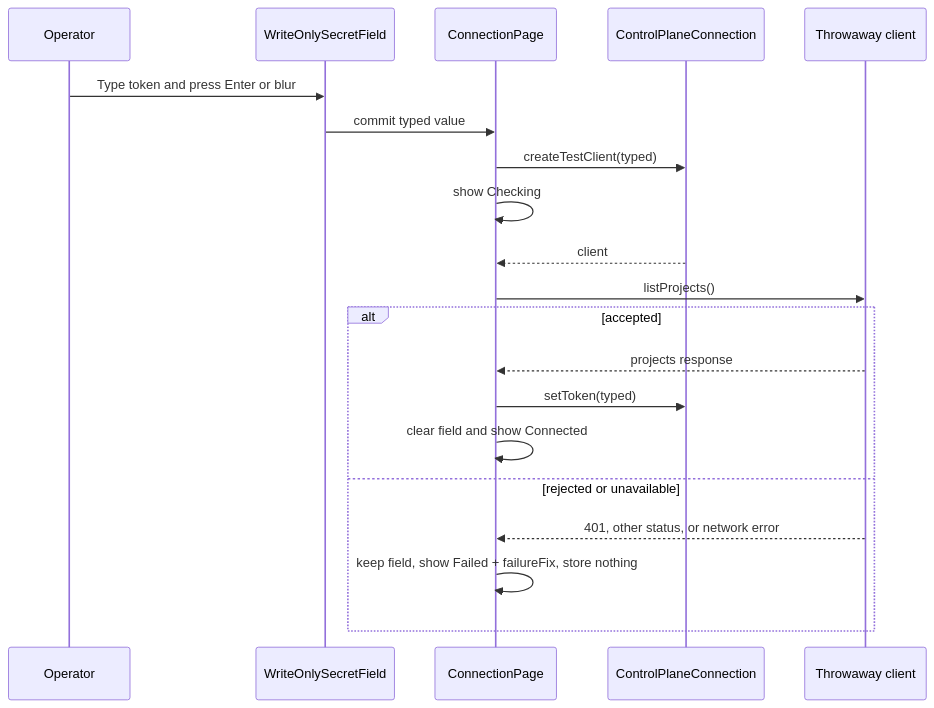
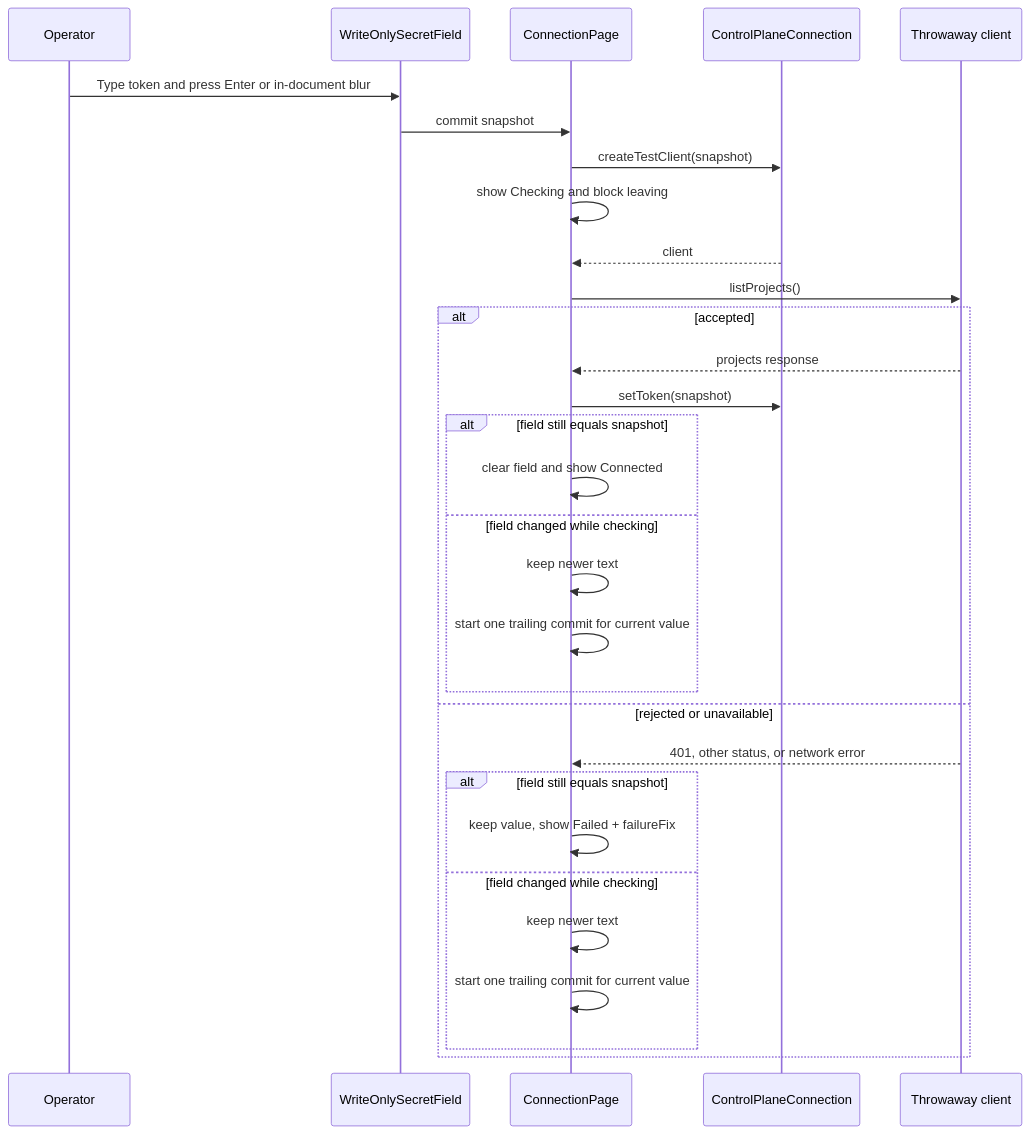
Before and after one commit to markdstafford/autocatalyst: the fourth of 4 diagrams in context-human/specs/feature-settings-back-button-connection-apply-on-commit.md, drawn with Mermaid. The commit also changed other lines of this file, not shown here.

Commit message:
docs: revise feature spec settings-back-button-connection-apply-on-commit

````diff
--- a/context-human/specs/feature-settings-back-button-connection-apply-on-commit.md
+++ b/context-human/specs/feature-settings-back-button-connection-apply-on-commit.md
@@ -172,23 +222,33 @@
 ```mermaid
 sequenceDiagram
     participant Operator
     participant Field as WriteOnlySecretField
     participant Page as ConnectionPage
     participant Conn as ControlPlaneConnection
     participant Client as Throwaway client
 
-    Operator->>Field: Type token and press Enter or blur
-    Field->>Page: commit typed value
-    Page->>Conn: createTestClient(typed)
-    Page->>Page: show Checking
+    Operator->>Field: Type token and press Enter or in-document blur
+    Field->>Page: commit snapshot
+    Page->>Conn: createTestClient(snapshot)
+    Page->>Page: show Checking and block leaving
     Conn-->>Page: client
     Page->>Client: listProjects()
     alt accepted
         Client-->>Page: projects response
-        Page->>Conn: setToken(typed)
-        Page->>Page: clear field and show Connected
+        Page->>Conn: setToken(snapshot)
+        alt field still equals snapshot
+            Page->>Page: clear field and show Connected
+        else field changed while checking
+            Page->>Page: keep newer text
+            Page->>Page: start one trailing commit for current value
+        end
     else rejected or unavailable
         Client-->>Page: 401, other status, or network error
-        Page->>Page: keep field, show Failed + failureFix, store nothing
+        alt field still equals snapshot
+            Page->>Page: keep value, show Failed + failureFix
+        else field changed while checking
+            Page->>Page: keep newer text
+            Page->>Page: start one trailing commit for current value
+        end
     end
 ```
````
